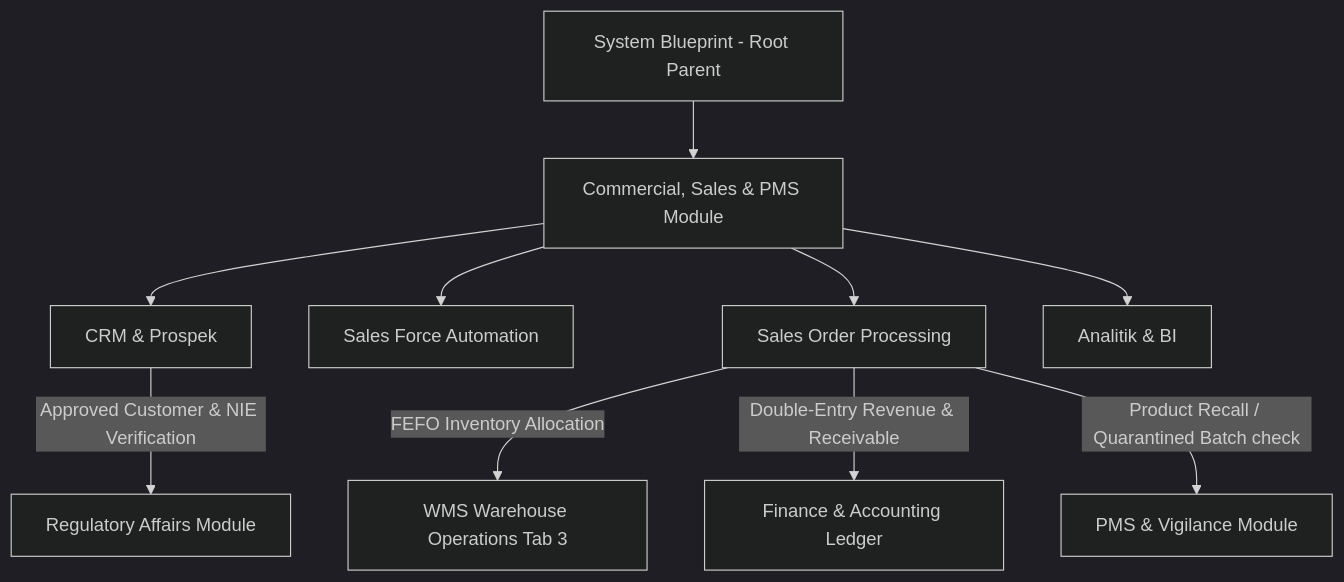
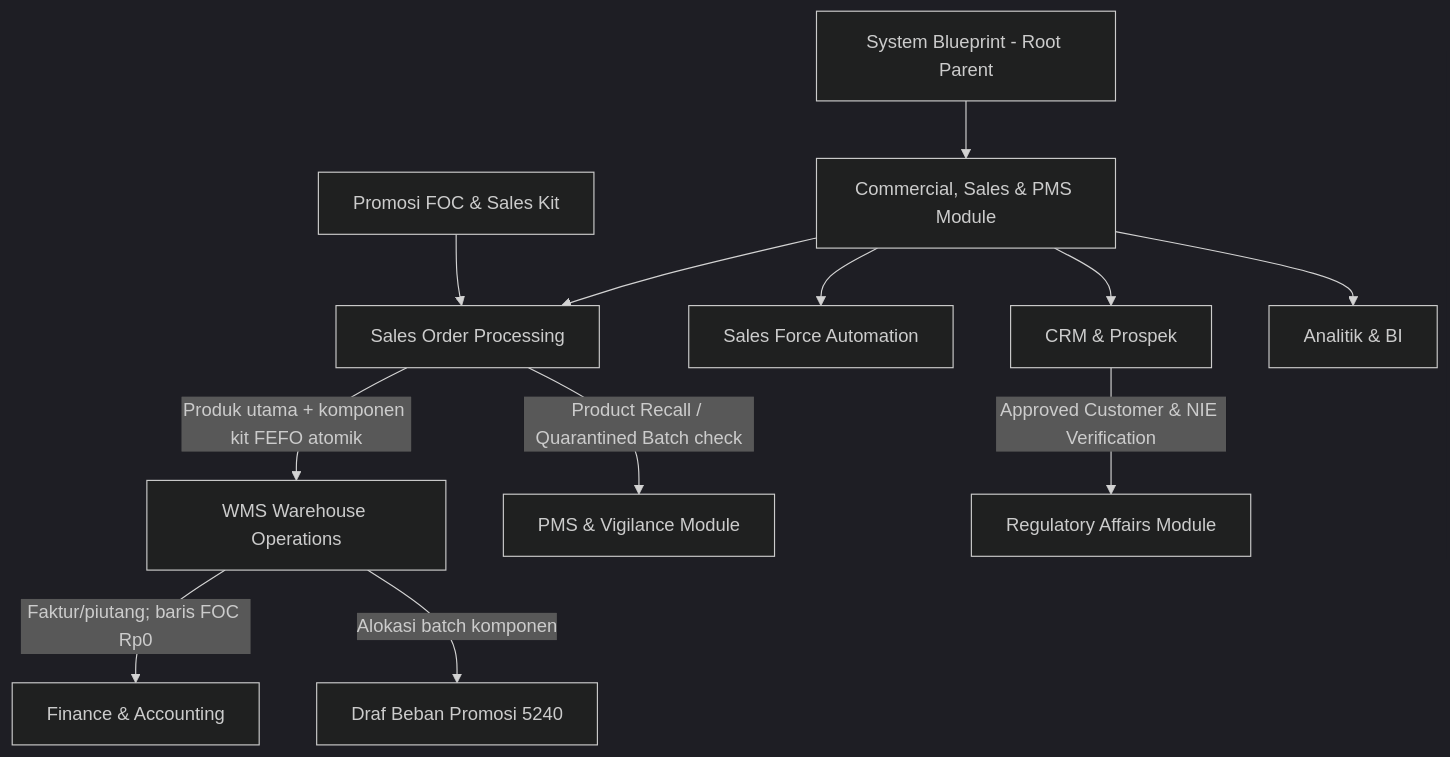
The diagram in docs/blueprint-sales-marketing.md (ptamserp-ui/AMS-Integrated-System), drawn with Mermaid (dark theme) before and after one commit. The commit also changed other lines of this file and 19 other files, not shown here.

````diff
--- a/docs/blueprint-sales-marketing.md
+++ b/docs/blueprint-sales-marketing.md
@@ -52,15 +53,17 @@
 ```mermaid
 graph TD
     Parent[System Blueprint - Root Parent] --> Com[Commercial, Sales & PMS Module]
 
     Com --> CRM[CRM & Prospek]
     Com --> SFA[Sales Force Automation]
     Com --> SO[Sales Order Processing]
     Com --> BI[Analitik & BI]
 
     %% Cross-Module Data Flows
-    SO -->|FEFO Inventory Allocation| WMS[WMS Warehouse Operations Tab 3]
-    SO -->|Double-Entry Revenue & Receivable| Finance[Finance & Accounting Ledger]
+    Promo[Promosi FOC & Sales Kit] --> SO[Sales Order Processing]
+    SO -->|Produk utama + komponen kit FEFO atomik| WMS[WMS Warehouse Operations]
+    WMS -->|Faktur/piutang; baris FOC Rp0| Finance[Finance & Accounting]
+    WMS -->|Alokasi batch komponen| FOCJournal[Draf Beban Promosi 5240]
     SO -->|Product Recall / Quarantined Batch check| PMS[PMS & Vigilance Module]
     CRM -->|Approved Customer & NIE Verification| Reg[Regulatory Affairs Module]
 ```
````
